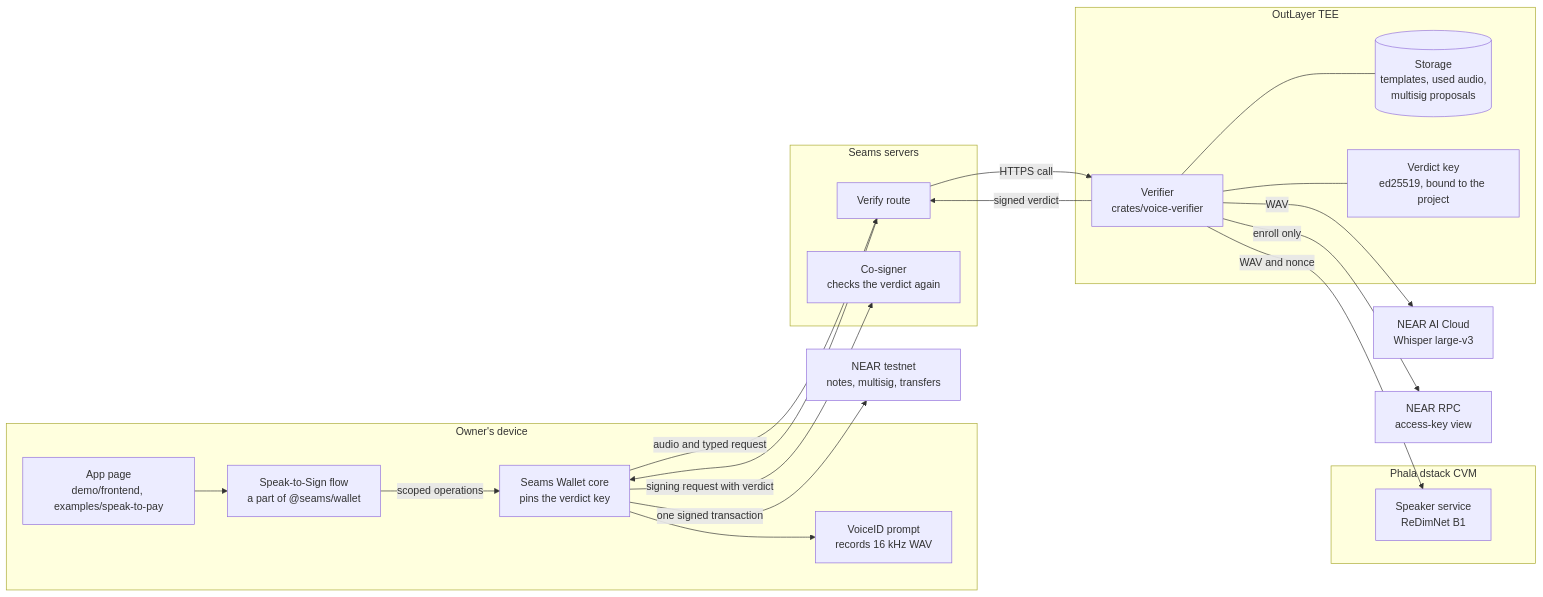
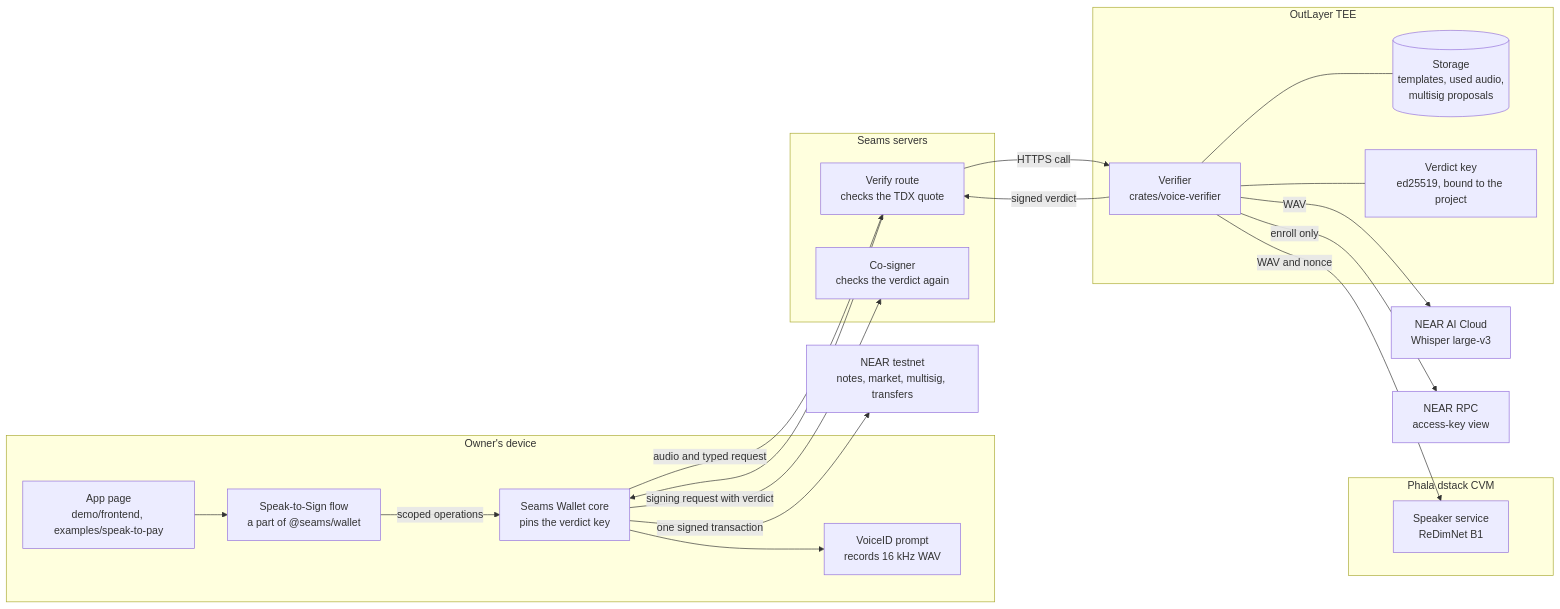
One commit to seams-tech/speak-to-sign changed the first of 9 diagrams in docs/architecture.md. Above: the diagram before and after it, drawn with Mermaid. The commit also changed other lines of this file and 9 other files, not shown here.

First line of the commit message:
Docs: the notes contract 1.1.0 is live, so three contracts check the verdict on chain

````diff
--- a/docs/architecture.md
+++ b/docs/architecture.md
@@ -12,43 +12,43 @@
 ```mermaid
 flowchart LR
   subgraph Device["Owner's device"]
     App["App page<br/>demo/frontend, examples/speak-to-pay"]
     Plugin["Speak-to-Sign flow<br/>a part of @seams/wallet"]
     Core["Seams Wallet core<br/>pins the verdict key"]
     Mic["VoiceID prompt<br/>records 16 kHz WAV"]
   end
 
   subgraph Seams["Seams servers"]
-    Route["Verify route"]
+    Route["Verify route<br/>checks the TDX quote"]
     Cosigner["Co-signer<br/>checks the verdict again"]
   end
 
   subgraph OutLayer["OutLayer TEE"]
     Verifier["Verifier<br/>crates/voice-verifier"]
     Store[("Storage<br/>templates, used audio,<br/>multisig proposals")]
     Key["Verdict key<br/>ed25519, bound to the project"]
   end
 
   subgraph Phala["Phala dstack CVM"]
     Speaker["Speaker service<br/>ReDimNet B1"]
   end
 
   Whisper["NEAR AI Cloud<br/>Whisper large-v3"]
   Rpc["NEAR RPC<br/>access-key view"]
-  Chain["NEAR testnet<br/>notes, multisig, transfers"]
+  Chain["NEAR testnet<br/>notes, market, multisig, transfers"]
 
   App --> Plugin
   Plugin -->|scoped operations| Core
   Core --> Mic
   Core -->|audio and typed request| Route
   Route -->|HTTPS call| Verifier
   Verifier -->|WAV and nonce| Speaker
   Verifier -->|WAV| Whisper
   Verifier -->|enroll only| Rpc
   Verifier --- Store
   Verifier --- Key
   Verifier -->|signed verdict| Route
   Route --> Core
   Core -->|signing request with verdict| Cosigner
   Core -->|one signed transaction| Chain
 ```
````
